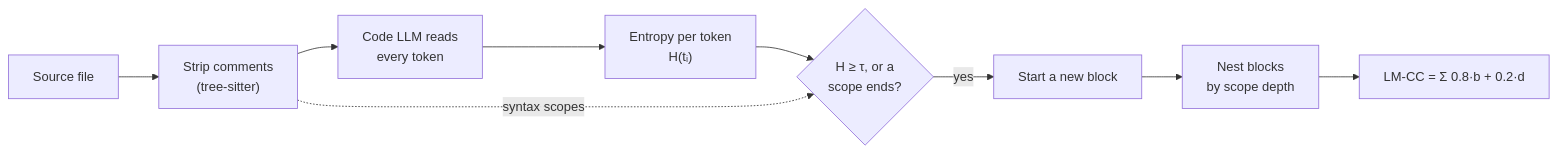
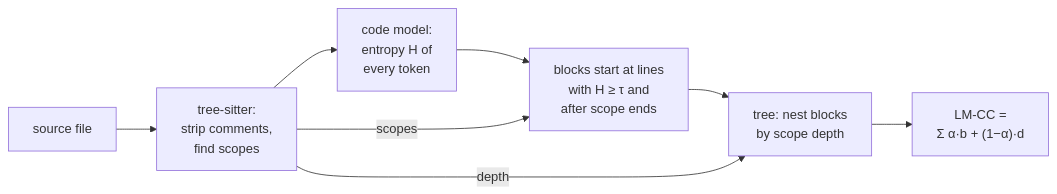
Before and after one commit to pawelchcki/llm-cc: the first of 2 diagrams in README.md, drawn with Mermaid. The commit also changed other lines of this file, not shown here.

````diff
--- a/README.md
+++ b/README.md
@@ -52,11 +112,10 @@
 ```mermaid
 flowchart LR
-  S[Source file] --> P["Strip comments<br/>(tree-sitter)"]
-  P --> M["Code LLM reads<br/>every token"]
-  M --> H["Entropy per token<br/>H(tᵢ)"]
-  H --> B{"H ≥ τ, or a<br/>scope ends?"}
-  P -. syntax scopes .-> B
-  B -- yes --> N[Start a new block]
-  N --> T["Nest blocks<br/>by scope depth"]
-  T --> L["LM-CC = Σ 0.8·b + 0.2·d"]
+  S["source file"] --> TS["tree-sitter:<br/>strip comments,<br/>find scopes"]
+  TS --> LM["code model:<br/>entropy H of<br/>every token"]
+  LM --> BL["blocks start at lines<br/>with H ≥ τ and<br/>after scope ends"]
+  TS -- scopes --> BL
+  BL --> TR["tree: nest blocks<br/>by scope depth"]
+  TS -- depth --> TR
+  TR --> SC["LM-CC =<br/>Σ α·b + (1−α)·d"]
 ```
````
